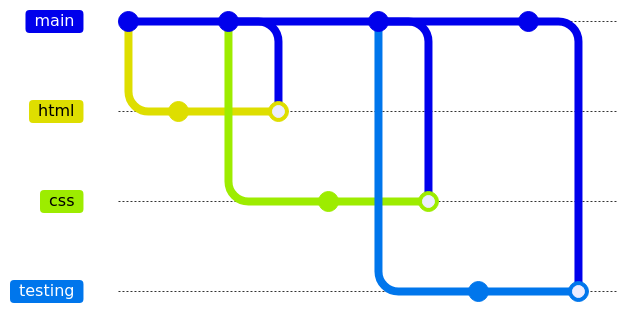
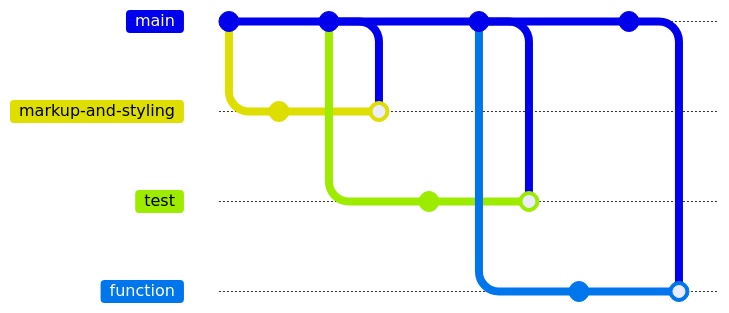
One commit to fac26/todo-list--karol-konstantina changed the first of 2 diagrams in README.md. Above: the diagram before and after it, drawn with Mermaid. The commit also changed other lines of this file, not shown here. Commit ids are hidden.

Commit message:
Removed code review and rewritten git graph.

````diff
--- a/README.md
+++ b/README.md
@@ -22,26 +15,26 @@
 ```mermaid
     gitGraph
         commit
-        branch html
+        branch markup-and-styling
         commit
         checkout main
         commit
-        checkout html
+        checkout markup-and-styling
         merge main
         checkout main
-        branch css
+        branch test
         commit
         checkout main
         commit
-        checkout css
+        checkout test
         merge main
         checkout main
-        branch testing
+        branch function
         commit
         checkout main
         commit
-        checkout testing
+        checkout function
         merge main
         checkout main
 
 ```
````
